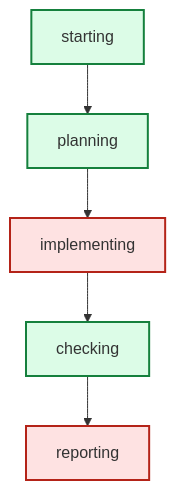
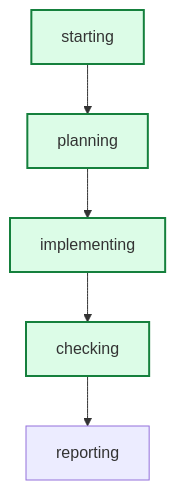
One commit to daniell0gda/hermes-feature-check-dashboard changed the diagram in latest/graph.mmd. Above: the diagram before and after it, drawn with Mermaid. The commit also changed 59 other files, not shown here.

```diff
--- a/latest/graph.mmd
+++ b/latest/graph.mmd
@@ -1,14 +1,13 @@
 graph TD
     starting --> planning
     planning --> implementing
     implementing --> checking
     checking --> reporting
 
 classDef done fill:#dcfce7,stroke:#15803d,stroke-width:2px;
 classDef active fill:#dbeafe,stroke:#2563eb,stroke-width:3px;
 classDef failed fill:#fee2e2,stroke:#b42318,stroke-width:2px;
+class checking done;
+class implementing done;
+class starting done;
 class planning done;
-class implementing failed;
-class starting done;
-class reporting failed;
-class checking done;
```
